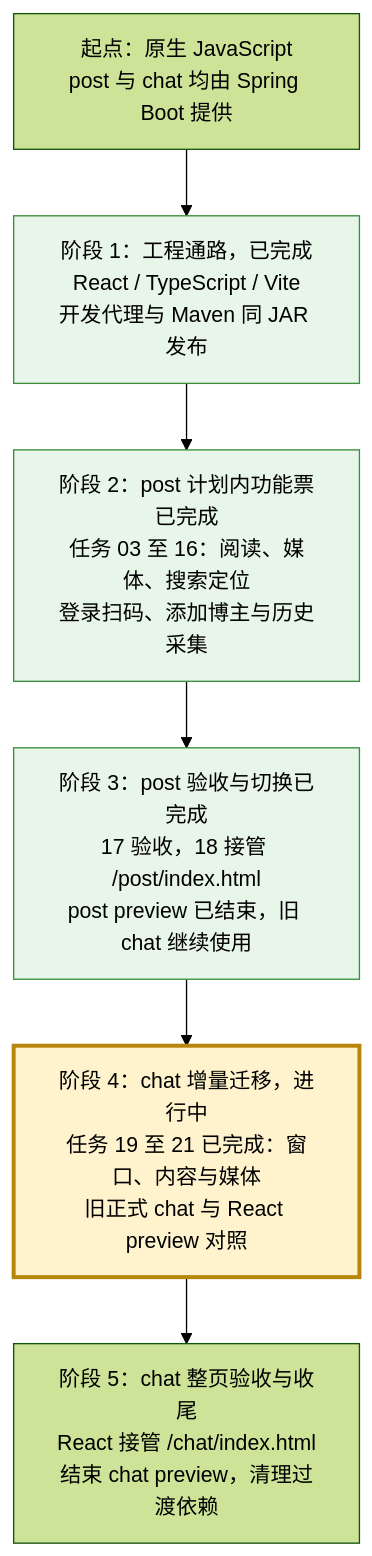
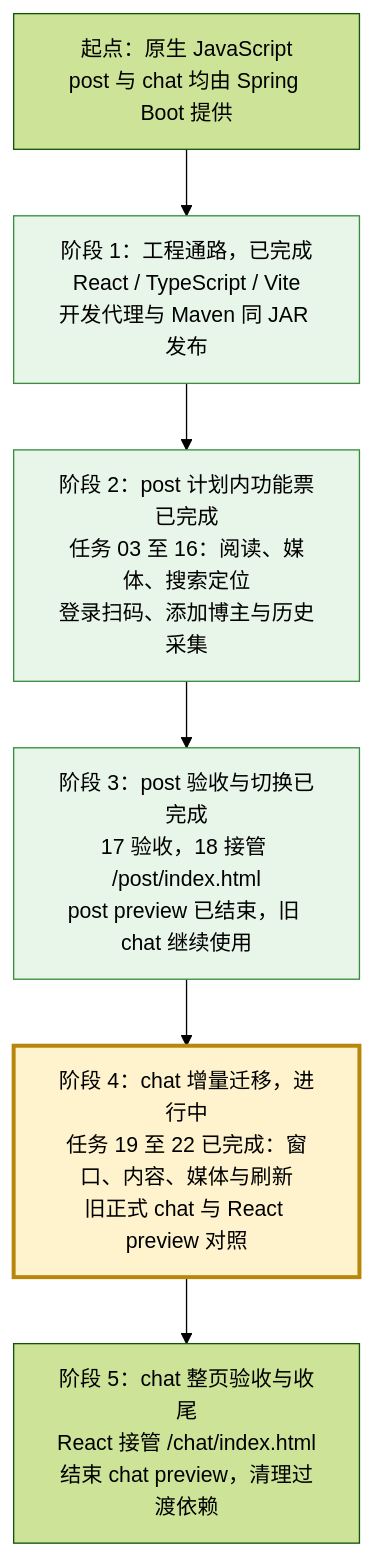
Before and after one commit to findxyz/vb-weibo-plus: the diagram in .scratch/react-migration/PLAN.md, drawn with Mermaid (forest theme). The commit also changed other lines of this file and 5 other files, not shown here.

````diff
--- a/.scratch/react-migration/PLAN.md
+++ b/.scratch/react-migration/PLAN.md
@@ -17,14 +17,14 @@
 ```mermaid
 flowchart TD
     A["起点：原生 JavaScript<br/>post 与 chat 均由 Spring Boot 提供"]
     B["阶段 1：工程通路，已完成<br/>React / TypeScript / Vite<br/>开发代理与 Maven 同 JAR 发布"]
     C["阶段 2：post 计划内功能票已完成<br/>任务 03 至 16：阅读、媒体、搜索定位<br/>登录扫码、添加博主与历史采集"]
     D["阶段 3：post 验收与切换已完成<br/>17 验收，18 接管 /post/index.html<br/>post preview 已结束，旧 chat 继续使用"]
-    E["阶段 4：chat 增量迁移，进行中<br/>任务 19 至 21 已完成：窗口、内容与媒体<br/>旧正式 chat 与 React preview 对照"]
+    E["阶段 4：chat 增量迁移，进行中<br/>任务 19 至 22 已完成：窗口、内容、媒体与刷新<br/>旧正式 chat 与 React preview 对照"]
     F["阶段 5：chat 整页验收与收尾<br/>React 接管 /chat/index.html<br/>结束 chat preview，清理过渡依赖"]
     A --> B --> C --> D --> E --> F
     classDef complete fill:#e8f5e9,stroke:#388e3c
     classDef current fill:#fff3cd,stroke:#b8860b,stroke-width:3px
     class B,C,D complete
     class E current
 ```
````
